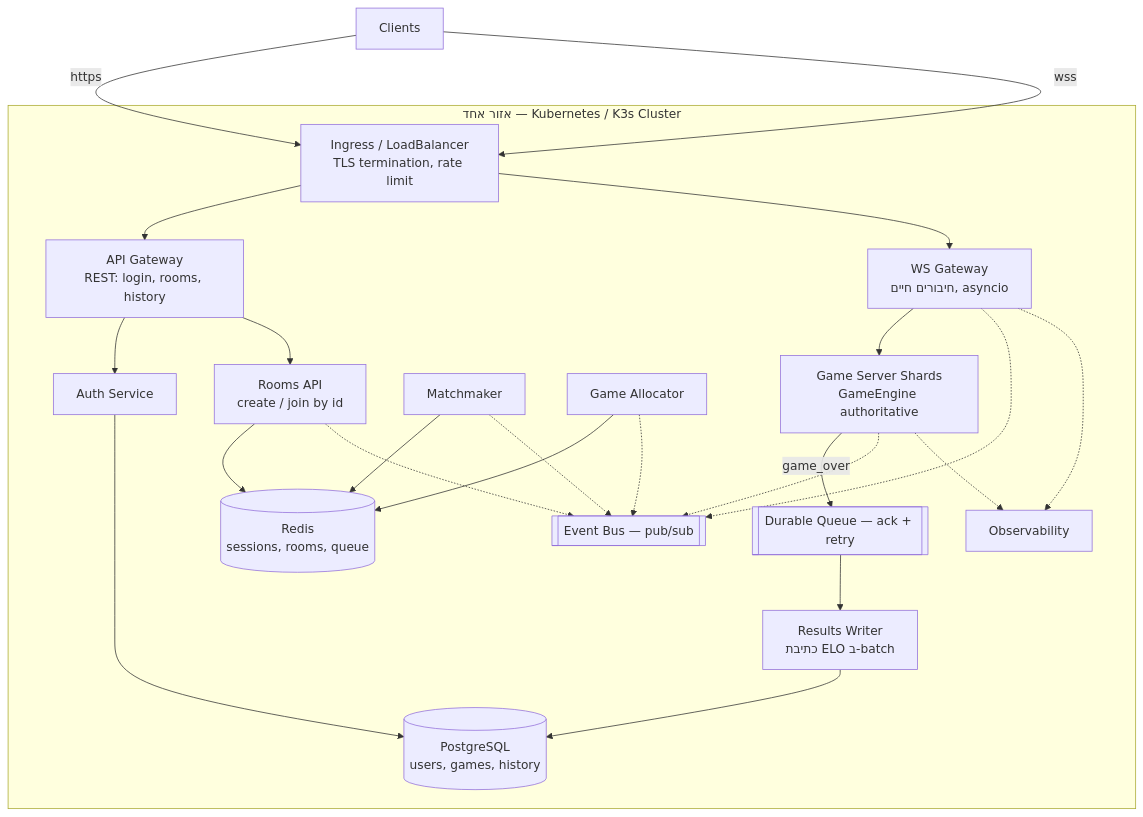
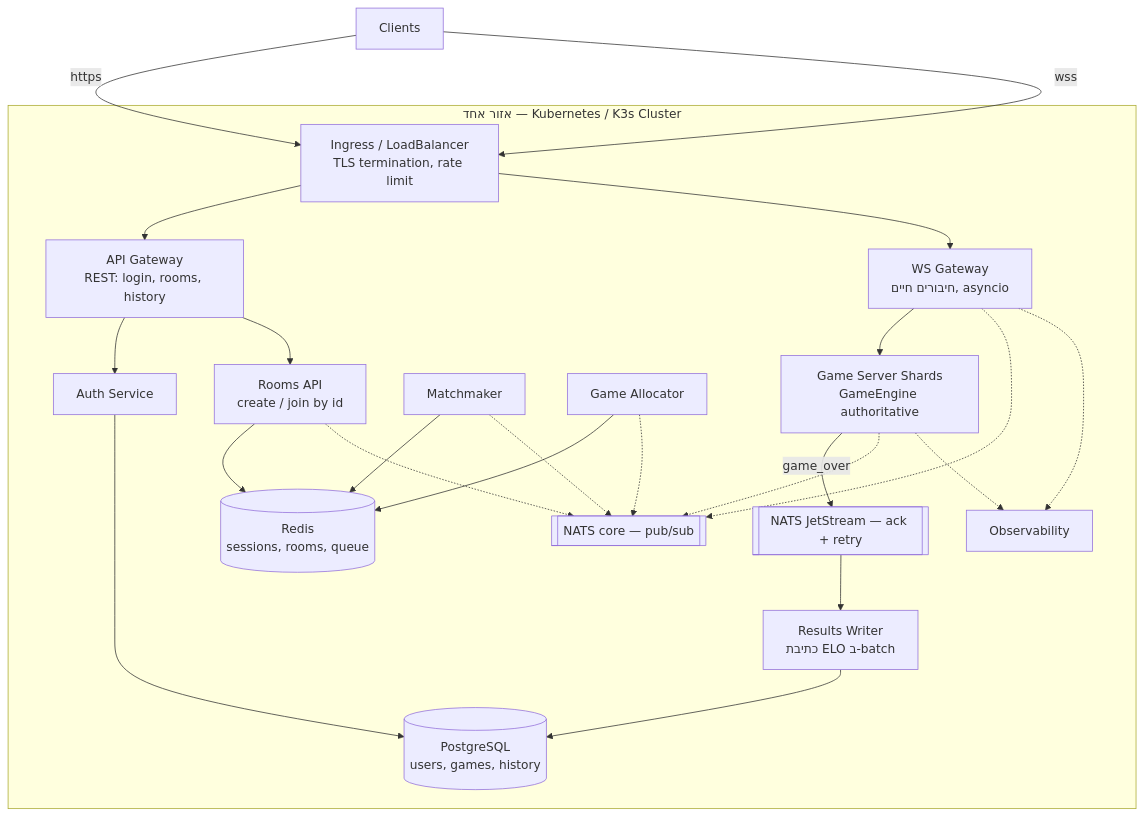
One commit to lea-zukerman/KF-Chess changed the diagram in Server_Design.md. Above: the diagram before and after it, drawn with Mermaid. The commit also changed other lines of this file, not shown here.

````diff
--- a/Server_Design.md
+++ b/Server_Design.md
@@ -113,44 +113,44 @@
 ```mermaid
 flowchart TB
     C[Clients]
 
     subgraph region["אזור אחד — Kubernetes / K3s Cluster"]
         ING[Ingress / LoadBalancer<br/>TLS termination, rate limit]
         API[API Gateway<br/>REST: login, rooms, history]
         WS[WS Gateway<br/>חיבורים חיים, asyncio]
         AUTH[Auth Service]
         ROOMS[Rooms API<br/>create / join by id]
         MM[Matchmaker]
         ALLOC[Game Allocator]
-        BUS[[Event Bus — pub/sub]]
-        MQ[[Durable Queue — ack + retry]]
+        BUS[[NATS core — pub/sub]]
+        MQ[[NATS JetStream — ack + retry]]
         SHARDS[Game Server Shards<br/>GameEngine authoritative]
         RW[Results Writer<br/>כתיבת ELO ב-batch]
         PG[(PostgreSQL<br/>users, games, history)]
         RD[(Redis<br/>sessions, rooms, queue)]
         OBS[Observability]
     end
 
     C -->|https| ING
     C -->|wss| ING
     ING --> API
     ING --> WS
     API --> AUTH
     API --> ROOMS
     AUTH --> PG
     ROOMS --> RD
     WS --> SHARDS
     SHARDS -->|game_over| MQ
     MQ --> RW
     RW --> PG
     MM --> RD
     ALLOC --> RD
 
     WS -.-> BUS
     MM -.-> BUS
     ALLOC -.-> BUS
     ROOMS -.-> BUS
     SHARDS -.-> BUS
     SHARDS -.-> OBS
     WS -.-> OBS
 ```
````
